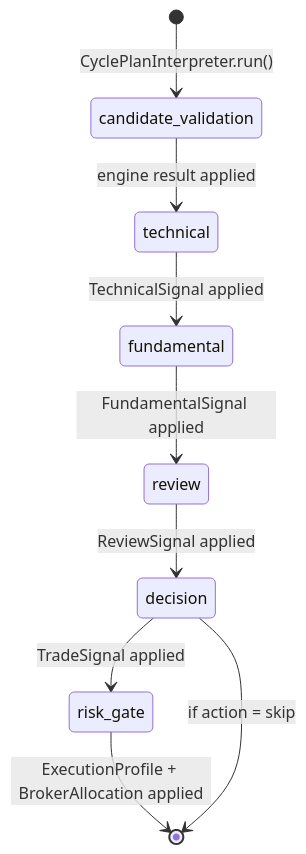
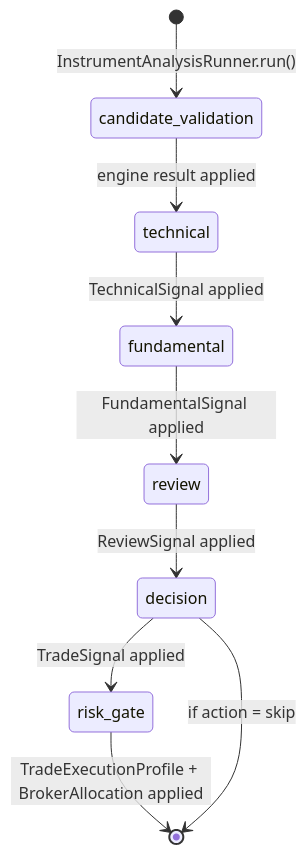
The eighth of 10 diagrams in docs/architecture/pipeline-runtime.md (KennethAtchon/Exva), drawn with Mermaid before and after one commit. The commit also changed other lines of this file and 206 other files, not shown here.

````diff
--- a/docs/architecture/pipeline-runtime.md
+++ b/docs/architecture/pipeline-runtime.md
@@ -630,11 +630,11 @@
 ```mermaid
 stateDiagram-v2
-    [*] --> candidate_validation: CyclePlanInterpreter.run()
+    [*] --> candidate_validation: InstrumentAnalysisRunner.run()
     candidate_validation --> technical: engine result applied
     technical --> fundamental: TechnicalSignal applied
     fundamental --> review: FundamentalSignal applied
     review --> decision: ReviewSignal applied
     decision --> risk_gate: TradeSignal applied
-    risk_gate --> [*]: ExecutionProfile + BrokerAllocation applied
+    risk_gate --> [*]: TradeExecutionProfile + BrokerAllocation applied
     decision --> [*]: if action = skip
 ```
````
